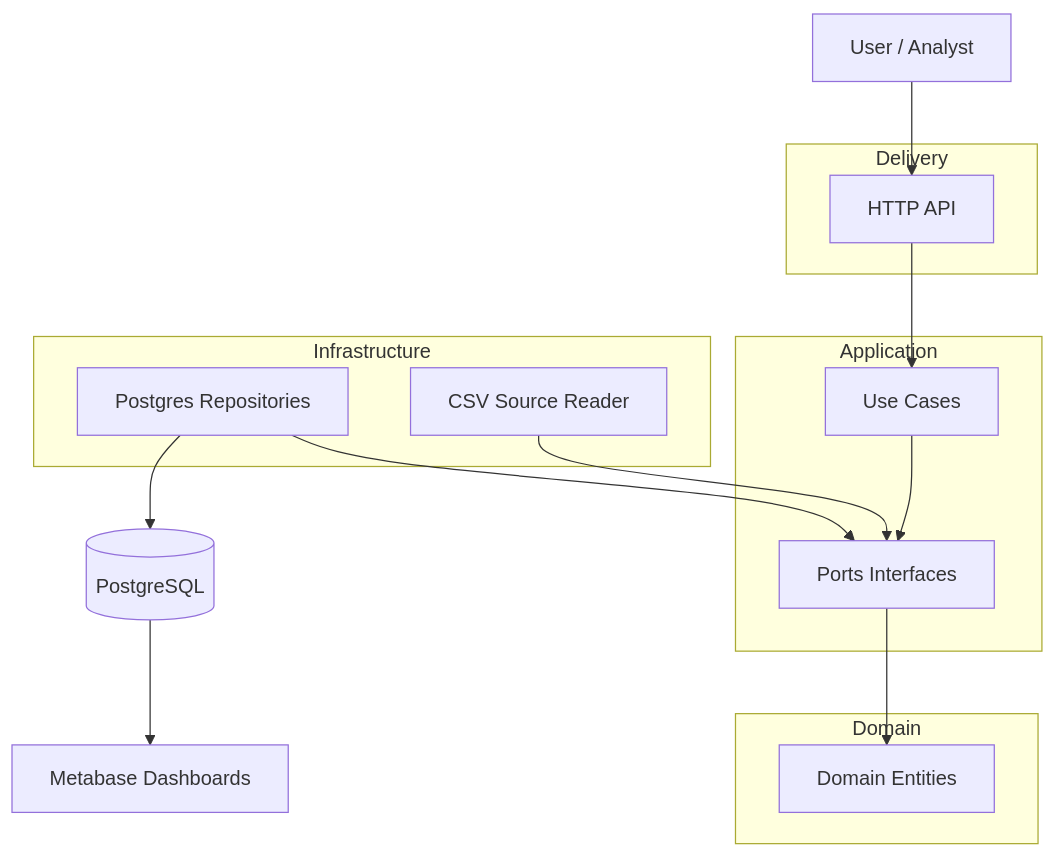
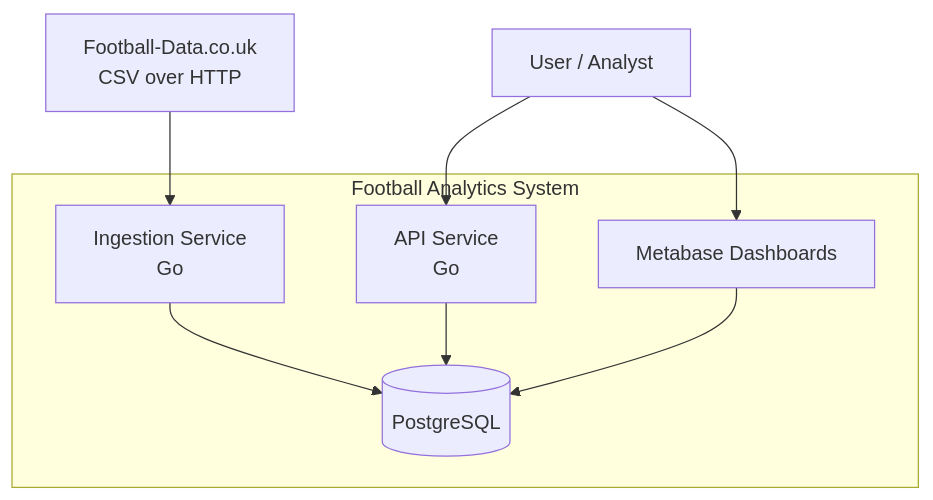
One commit to Lelo88/football-analytics-engine changed the diagram in README.md. Above: the diagram before and after it, drawn with Mermaid. The commit also changed other lines of this file, not shown here.

Commit message:
Add c4 diagram to readme documentation

````diff
--- a/README.md
+++ b/README.md
@@ -66,36 +66,22 @@
 ```mermaid
 flowchart TB
 
-User[User / Analyst]
+    User[User / Analyst]
 
-subgraph Delivery
-API[HTTP API]
-end
+    subgraph FootballAnalyticsSystem[Football Analytics System]
+        API[API Service<br/>Go]
+        Ingestor[Ingestion Service<br/>Go]
+        Metabase[Metabase Dashboards]
+        DB[(PostgreSQL)]
+    end
 
-subgraph Application
-UseCases[Use Cases]
-Ports[Ports Interfaces]
-end
+    ExternalSource[Football-Data.co.uk<br/>CSV over HTTP]
 
-subgraph Domain
-DomainEntities[Domain Entities]
-end
+    User --> API
+    User --> Metabase
 
-subgraph Infrastructure
-PostgresRepo[Postgres Repositories]
-CSVSource[CSV Source Reader]
-end
-
-User --> API
-
-API --> UseCases
-UseCases --> Ports
-Ports --> DomainEntities
-
-PostgresRepo --> Ports
-CSVSource --> Ports
-
-PostgresRepo --> DB[(PostgreSQL)]
-
-DB --> Metabase[Metabase Dashboards]
+    ExternalSource --> Ingestor
+    Ingestor --> DB
+    API --> DB
+    Metabase --> DB
 ```
````
